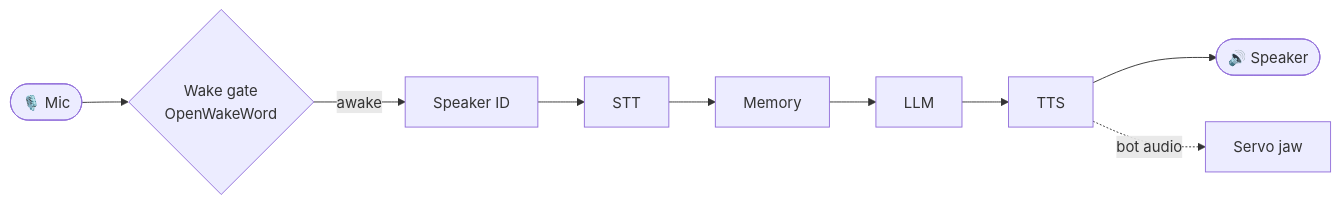
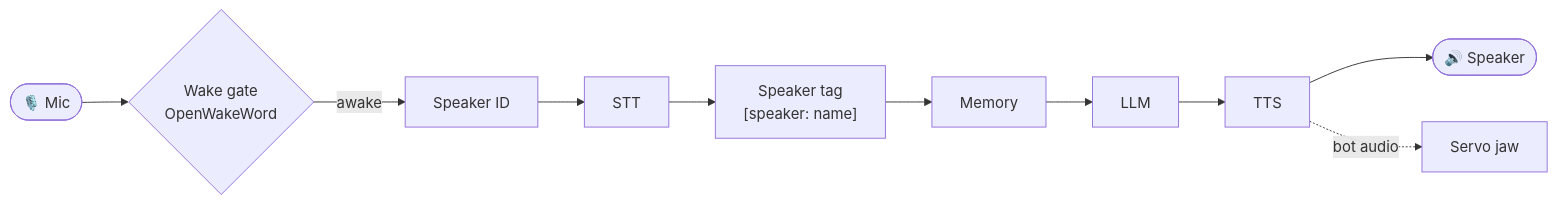
Before and after one commit to jasonm4130/larry: the diagram in README.md, drawn with Mermaid. The commit also changed 7 other files, not shown here.

````diff
--- a/README.md
+++ b/README.md
@@ -38,6 +38,6 @@
 ```mermaid
 flowchart LR
     mic([🎙️ Mic]) --> wake{Wake gate<br/>OpenWakeWord}
-    wake -->|awake| spk[Speaker ID] --> stt[STT] --> mem[Memory] --> llm[LLM] --> tts[TTS] --> spkr([🔊 Speaker])
+    wake -->|awake| spk[Speaker ID] --> stt[STT] --> tag["Speaker tag<br/>#91;speaker: name#93;"] --> mem[Memory] --> llm[LLM] --> tts[TTS] --> spkr([🔊 Speaker])
     tts -. bot audio .-> jaw[Servo jaw]
 ```
````
